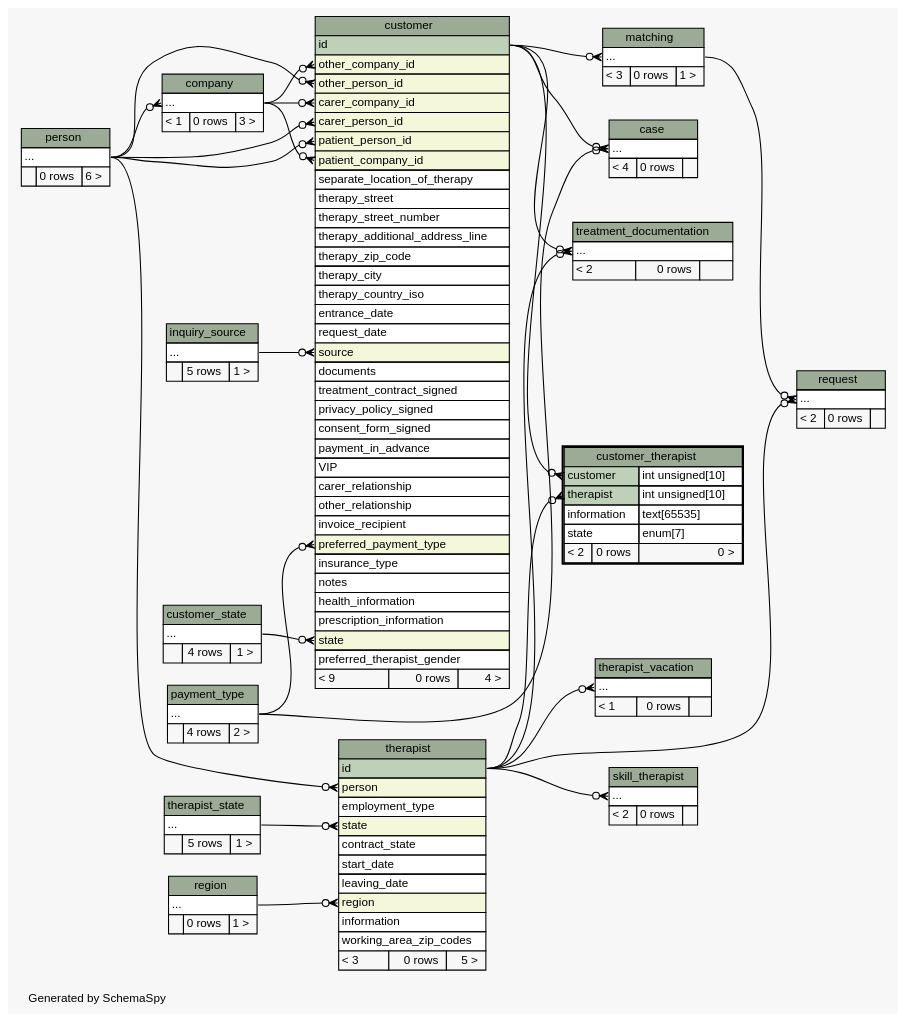
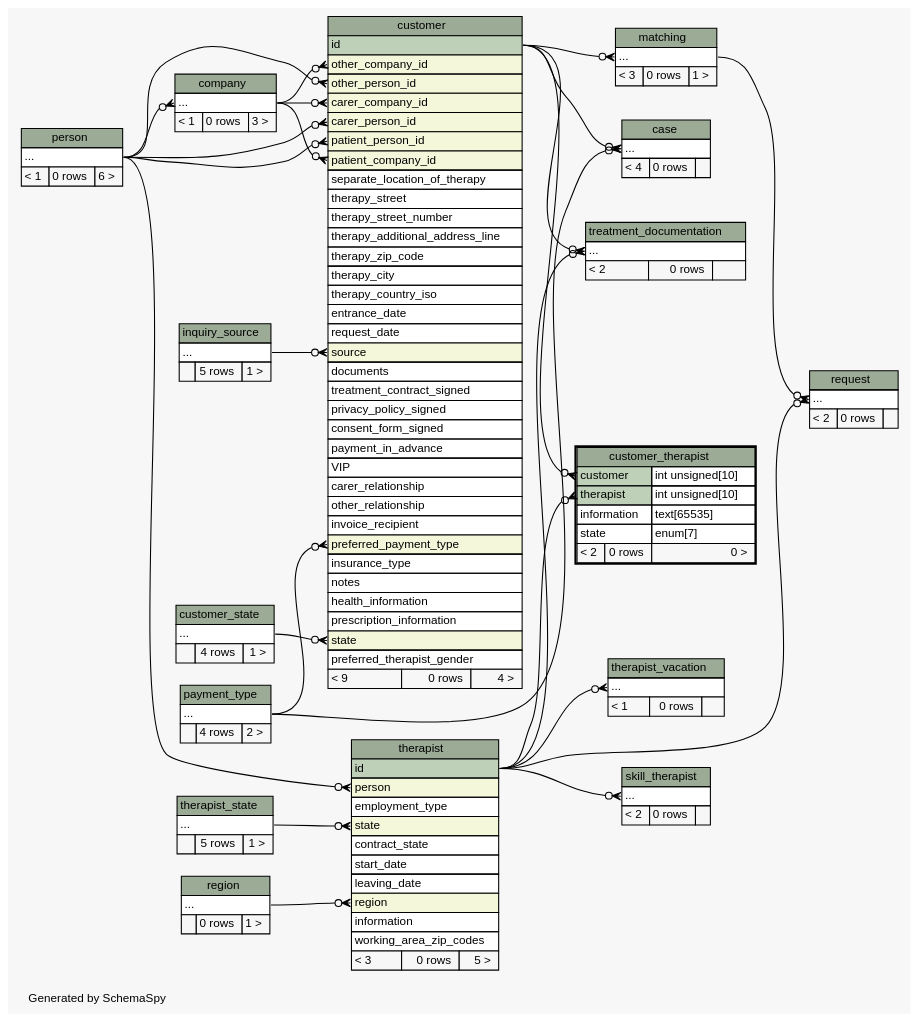
Before and after one commit to KaiBMP/KaiBMP.github.io: the diagram in diagrams/customer_therapist.2degrees.dot, drawn with Graphviz. The commit also changed 88 other files, not shown here.

Commit message:
schemaspy update

```diff
--- a/diagrams/customer_therapist.2degrees.dot
+++ b/diagrams/customer_therapist.2degrees.dot
@@ -163,7 +163,7 @@
     <TABLE BORDER="0" CELLBORDER="1" CELLSPACING="0" BGCOLOR="#ffffff">
       <TR><TD COLSPAN="3" BGCOLOR="#9bab96" ALIGN="CENTER">person</TD></TR>
       <TR><TD PORT="elipses" COLSPAN="3" ALIGN="LEFT">...</TD></TR>
-      <TR><TD ALIGN="LEFT" BGCOLOR="#f7f7f7">  </TD><TD ALIGN="RIGHT" BGCOLOR="#f7f7f7">0 rows</TD><TD ALIGN="RIGHT" BGCOLOR="#f7f7f7">6 &gt;</TD></TR>
+      <TR><TD ALIGN="LEFT" BGCOLOR="#f7f7f7">&lt; 1</TD><TD ALIGN="RIGHT" BGCOLOR="#f7f7f7">0 rows</TD><TD ALIGN="RIGHT" BGCOLOR="#f7f7f7">6 &gt;</TD></TR>
     </TABLE>>
     URL="person.html"
     tooltip="person"
```
